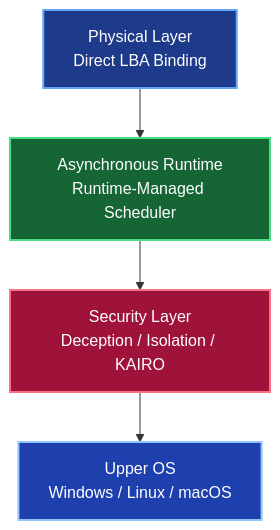
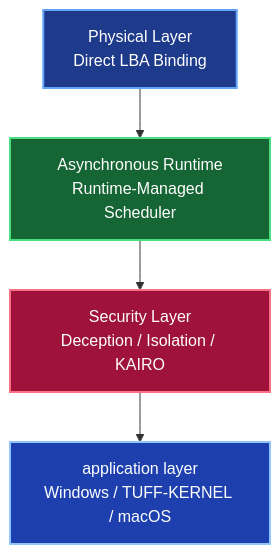
One commit to elementary-particles-Man/TUFF-OS-ISO changed the first of 3 diagrams in MANUALS/TUFF-OS_General_Manual.md. Above: the diagram before and after it, drawn with Mermaid. The commit also changed other lines of this file and 41 other files, not shown here.

Commit message:
DOCS: Comprehensive overhaul of manuals to reflect Pure Rust Bare-metal Sovereign Core and ZRAM architecture.

````diff
--- a/MANUALS/TUFF-OS_General_Manual.md
+++ b/MANUALS/TUFF-OS_General_Manual.md
@@ -29,16 +29,16 @@
 ```mermaid
 flowchart TD
     A[Physical Layer\nDirect LBA Binding] --> B[Asynchronous Runtime\nRuntime-Managed Scheduler]
     B --> C[Security Layer\nDeception / Isolation / KAIRO]
-    C --> D[Upper OS\nWindows / Linux / macOS]
+    C --> D[application layer\nWindows / TUFF-KERNEL / macOS]
 
     classDef phys fill:#1e3a8a,color:#fff,stroke:#60a5fa,stroke-width:2px
     classDef async fill:#166534,color:#fff,stroke:#4ade80,stroke-width:2px
     classDef sec fill:#9f1239,color:#fff,stroke:#fb7185,stroke-width:2px
     classDef upper fill:#1e40af,color:#fff,stroke:#93c5fd,stroke-width:2px
 
     class A phys
     class B async
     class C sec
     class D upper
 ```
````
